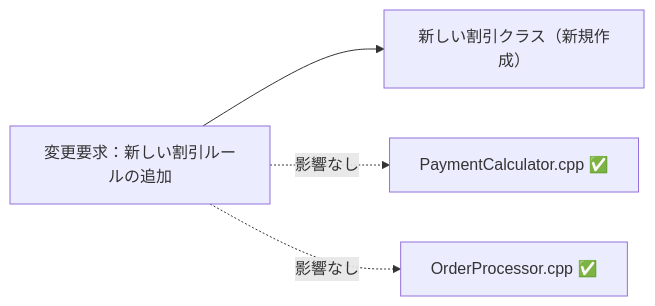
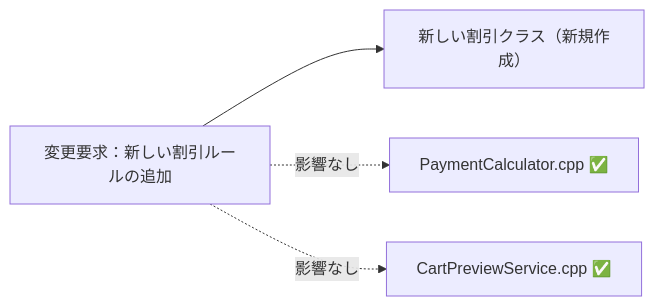
Before and after one commit to kumachan1101-pixel/DesignPattern: the third of 4 diagrams in kindle/design-patterns/output/chapter01.md, drawn with Mermaid. The commit also changed other lines of this file and 2 other files, not shown here.

````diff
--- a/kindle/design-patterns/output/chapter01.md
+++ b/kindle/design-patterns/output/chapter01.md
@@ -1358,7 +872,6 @@
 ```mermaid
 graph LR
     T1["変更要求：新しい割引ルールの追加"] --> F1["新しい割引クラス（新規作成）"]
     T1 -. "影響なし" .-> A["PaymentCalculator.cpp ✅"]
-    T1 -. "影響なし" .-> B["OrderProcessor.cpp ✅"]
-
+    T1 -. "影響なし" .-> B["CartPreviewService.cpp ✅"]
 ```
````
